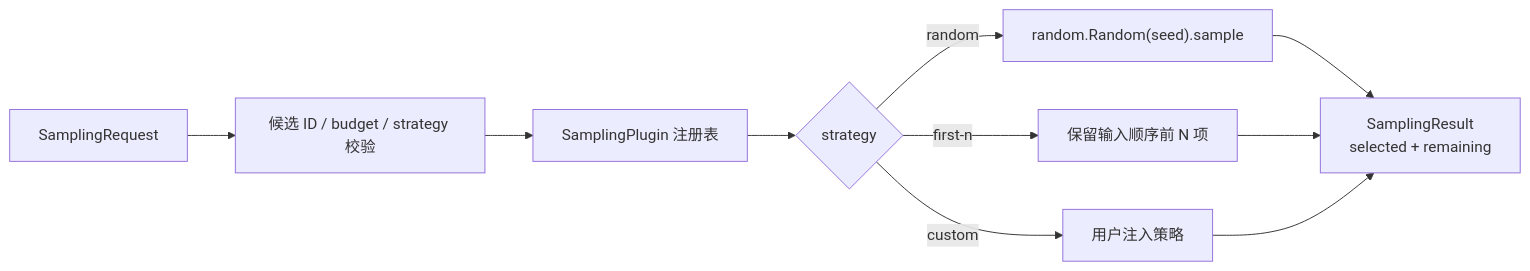
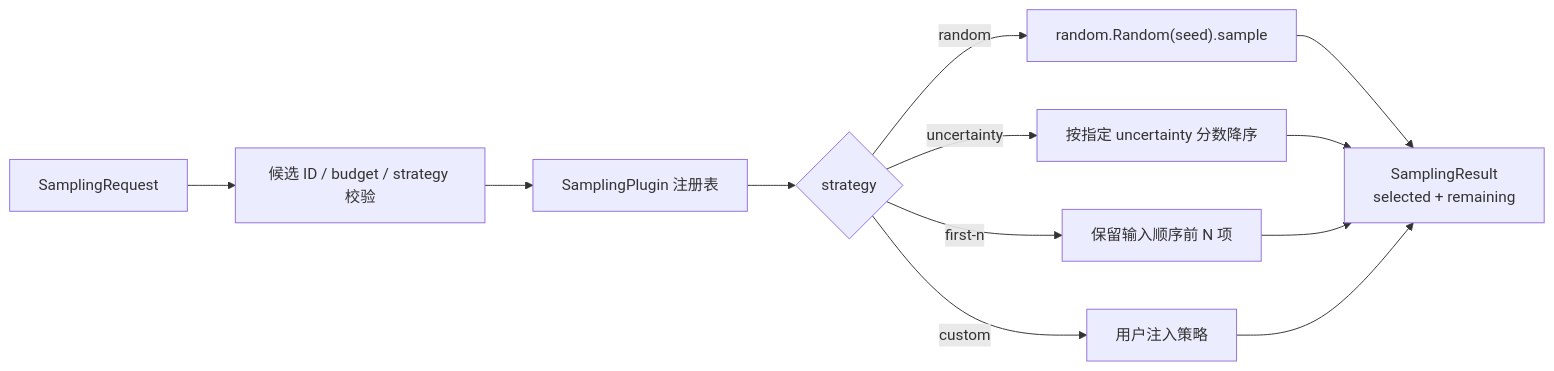
Before and after one commit to gentle1999/TriCycle: the diagram in packages/tricycle-sampling/README.md, drawn with Mermaid. The commit also changed other lines of this file and 37 other files, not shown here.

````diff
--- a/packages/tricycle-sampling/README.md
+++ b/packages/tricycle-sampling/README.md
@@ -33,12 +42,14 @@
 ```mermaid
 flowchart LR
     R["SamplingRequest"] --> V["候选 ID / budget / strategy 校验"]
     V --> L["SamplingPlugin 注册表"]
     L --> S{"strategy"}
     S -->|random| A["random.Random(seed).sample"]
+    S -->|uncertainty| U["按指定 uncertainty 分数降序"]
     S -->|first-n| B["保留输入顺序前 N 项"]
     S -->|custom| C["用户注入策略"]
     A --> O["SamplingResult\nselected + remaining"]
+    U --> O
     B --> O
     C --> O
 ```
````
